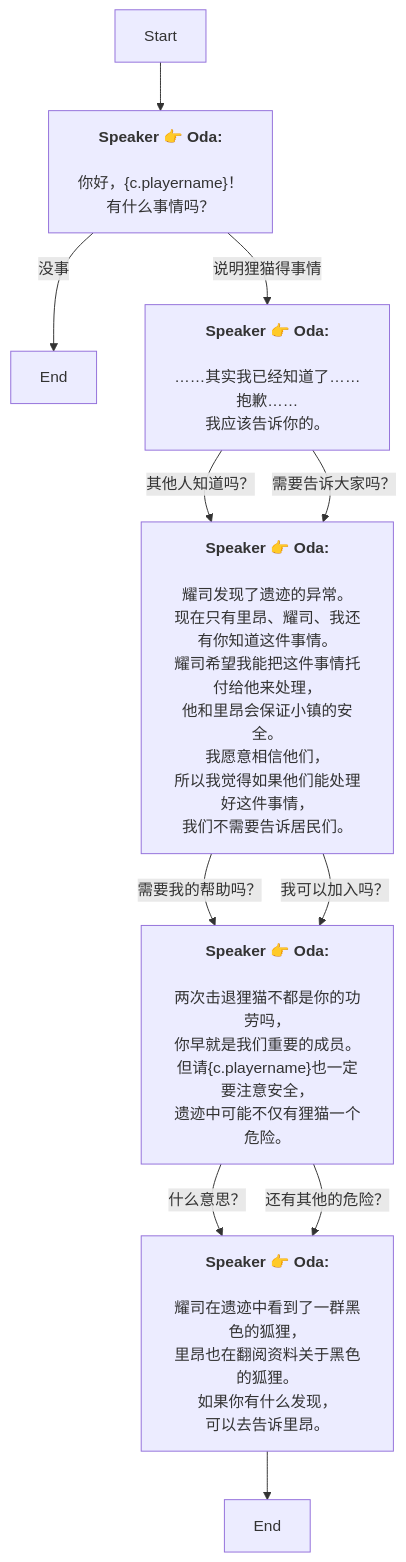
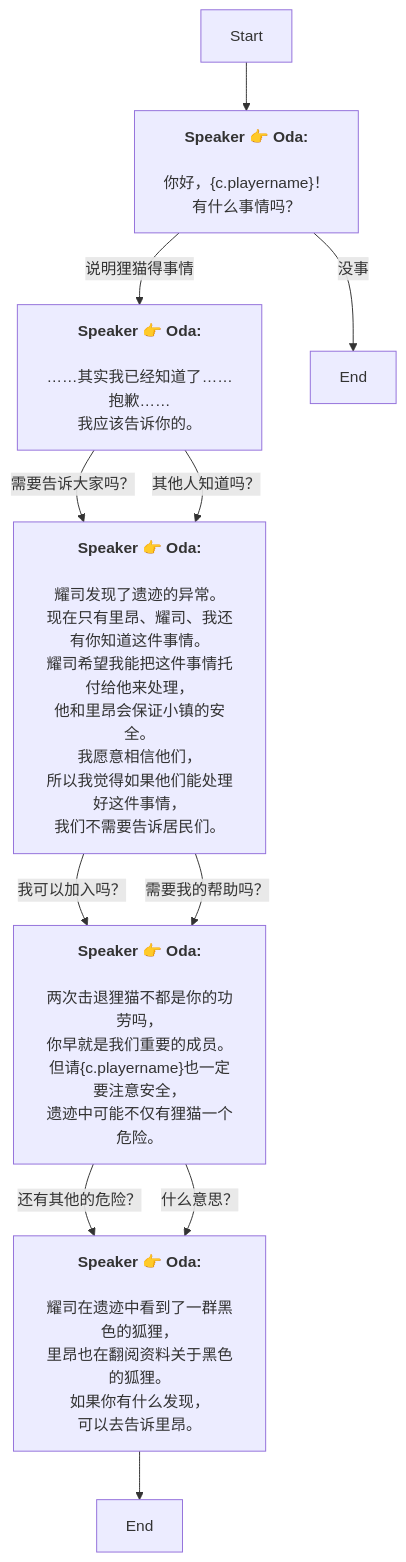
The diagram in Zh/QuestTalkObjectiveNode_1761994347035271.md (SoftHu/tos_avg), drawn with Mermaid before and after one commit. The commit also changed other lines of this file and 780 other files, not shown here.

````diff
--- a/Zh/QuestTalkObjectiveNode_1761994347035271.md
+++ b/Zh/QuestTalkObjectiveNode_1761994347035271.md
@@ -1,41 +1,41 @@
 ```mermaid
 graph
 Start -->1761994565016202[<b>Speaker 👉 Oda:</b>
 \n你好，&lbrace;c.playername&rbrace;！
 有什么事情吗？]
-1761994565016202 -->|没事|1761995118851729[End]
 1761994565016202 -->|说明狸猫得事情|1761995505944210[<b>Speaker 👉 Oda:</b>
 \n……其实我已经知道了……
 抱歉……
 我应该告诉你的。]
+1761994565016202 -->|没事|1761995118851729[End]
+1761995505944210 -->|需要告诉大家吗？|1761995693570712[<b>Speaker 👉 Oda:</b>
+\n耀司发现了遗迹的异常。
+现在只有里昂、耀司、我还有你知道这件事情。\n耀司希望我能把这件事情托付给他来处理，
+他和里昂会保证小镇的安全。\n我愿意相信他们，
+所以我觉得如果他们能处理好这件事情，
+我们不需要告诉居民们。]
 1761995505944210 -->|其他人知道吗？|1761995693570712[<b>Speaker 👉 Oda:</b>
 \n耀司发现了遗迹的异常。
 现在只有里昂、耀司、我还有你知道这件事情。\n耀司希望我能把这件事情托付给他来处理，
 他和里昂会保证小镇的安全。\n我愿意相信他们，
 所以我觉得如果他们能处理好这件事情，
 我们不需要告诉居民们。]
-1761995505944210 -->|需要告诉大家吗？|1761995693570712[<b>Speaker 👉 Oda:</b>
-\n耀司发现了遗迹的异常。
-现在只有里昂、耀司、我还有你知道这件事情。\n耀司希望我能把这件事情托付给他来处理，
-他和里昂会保证小镇的安全。\n我愿意相信他们，
-所以我觉得如果他们能处理好这件事情，
-我们不需要告诉居民们。]
+1761995693570712 -->|我可以加入吗？|1761996012354207[<b>Speaker 👉 Oda:</b>
+\n两次击退狸猫不都是你的功劳吗，
+你早就是我们重要的成员。\n但请&lbrace;c.playername&rbrace;也一定要注意安全，
+遗迹中可能不仅有狸猫一个危险。]
 1761995693570712 -->|需要我的帮助吗？|1761996012354207[<b>Speaker 👉 Oda:</b>
 \n两次击退狸猫不都是你的功劳吗，
 你早就是我们重要的成员。\n但请&lbrace;c.playername&rbrace;也一定要注意安全，
 遗迹中可能不仅有狸猫一个危险。]
-1761995693570712 -->|我可以加入吗？|1761996012354207[<b>Speaker 👉 Oda:</b>
-\n两次击退狸猫不都是你的功劳吗，
-你早就是我们重要的成员。\n但请&lbrace;c.playername&rbrace;也一定要注意安全，
-遗迹中可能不仅有狸猫一个危险。]
-1761996012354207 -->|什么意思？|1761996076811946[<b>Speaker 👉 Oda:</b>
+1761996012354207 -->|还有其他的危险？|1761996076811946[<b>Speaker 👉 Oda:</b>
 \n耀司在遗迹中看到了一群黑色的狐狸，
 里昂也在翻阅资料关于黑色的狐狸。\n如果你有什么发现，
 可以去告诉里昂。]
-1761996012354207 -->|还有其他的危险？|1761996076811946[<b>Speaker 👉 Oda:</b>
+1761996012354207 -->|什么意思？|1761996076811946[<b>Speaker 👉 Oda:</b>
 \n耀司在遗迹中看到了一群黑色的狐狸，
 里昂也在翻阅资料关于黑色的狐狸。\n如果你有什么发现，
 可以去告诉里昂。]
 1761996076811946 -->1761995115106960[End]
 
 ```
````
